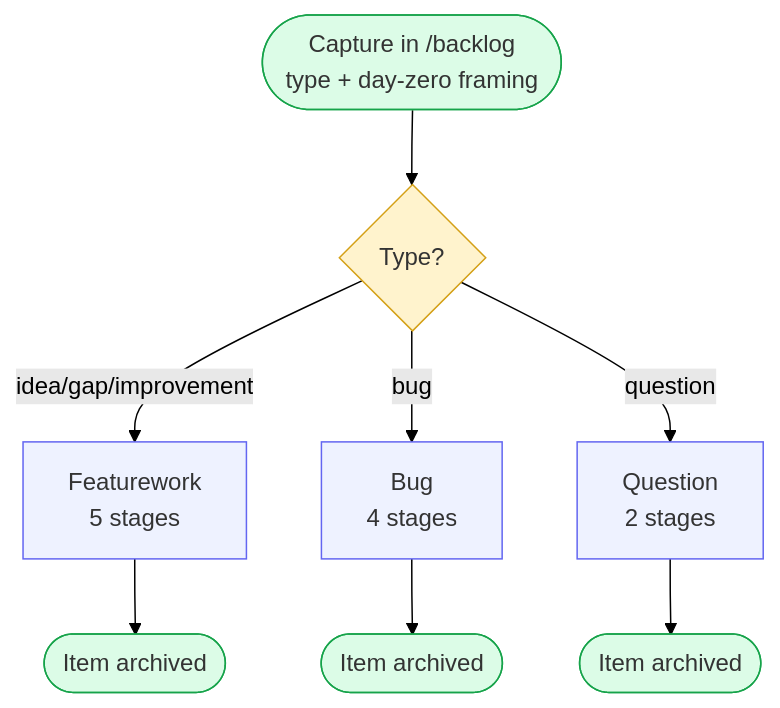
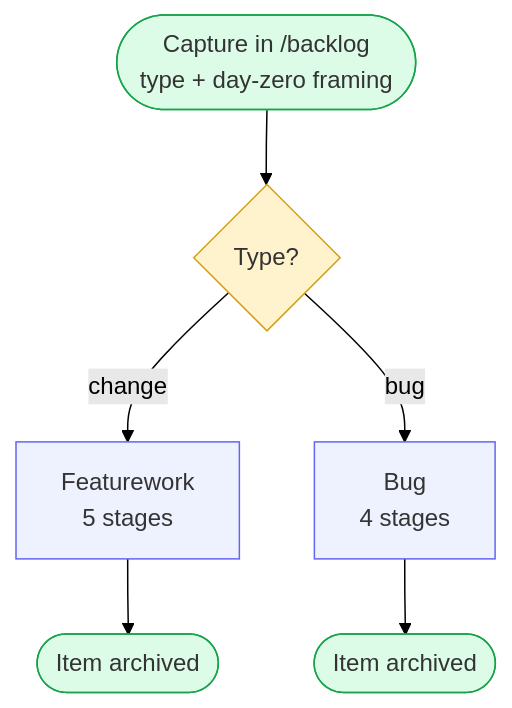
The first of 4 diagrams in skeleton/docs/workflow-overview.md (mthoatgit/project-template), drawn with Mermaid (forest theme) before and after one commit. The commit also changed other lines of this file and 3 other files, not shown here.

First line of the commit message:
backlog: finish type consolidation sweep — drop priority + question leftovers

````diff
--- a/skeleton/docs/workflow-overview.md
+++ b/skeleton/docs/workflow-overview.md
@@ -20,18 +20,16 @@
 ```mermaid
 flowchart TD
     Capture(["Capture in /backlog<br/>type + day-zero framing"])
     Capture --> TypeCheck{"Type?"}
-    TypeCheck -->|idea/gap/improvement| FW["Featurework<br/>5 stages"]
+    TypeCheck -->|change| FW["Featurework<br/>5 stages"]
     TypeCheck -->|bug| Bug["Bug<br/>4 stages"]
-    TypeCheck -->|question| Q["Question<br/>2 stages"]
     FW --> ArchivedFW(["Item archived"])
     Bug --> ArchivedBug(["Item archived"])
-    Q --> ArchivedQ(["Item archived"])
 
     classDef gate fill:#fff3cd,stroke:#d4a017,color:#333;
     classDef doc fill:#eef2ff,stroke:#6366f1,color:#333;
     classDef terminal fill:#dcfce7,stroke:#16a34a,color:#333;
     class TypeCheck gate;
-    class FW,Bug,Q doc;
-    class Capture,ArchivedFW,ArchivedBug,ArchivedQ terminal;
+    class FW,Bug doc;
+    class Capture,ArchivedFW,ArchivedBug terminal;
 ```
````
